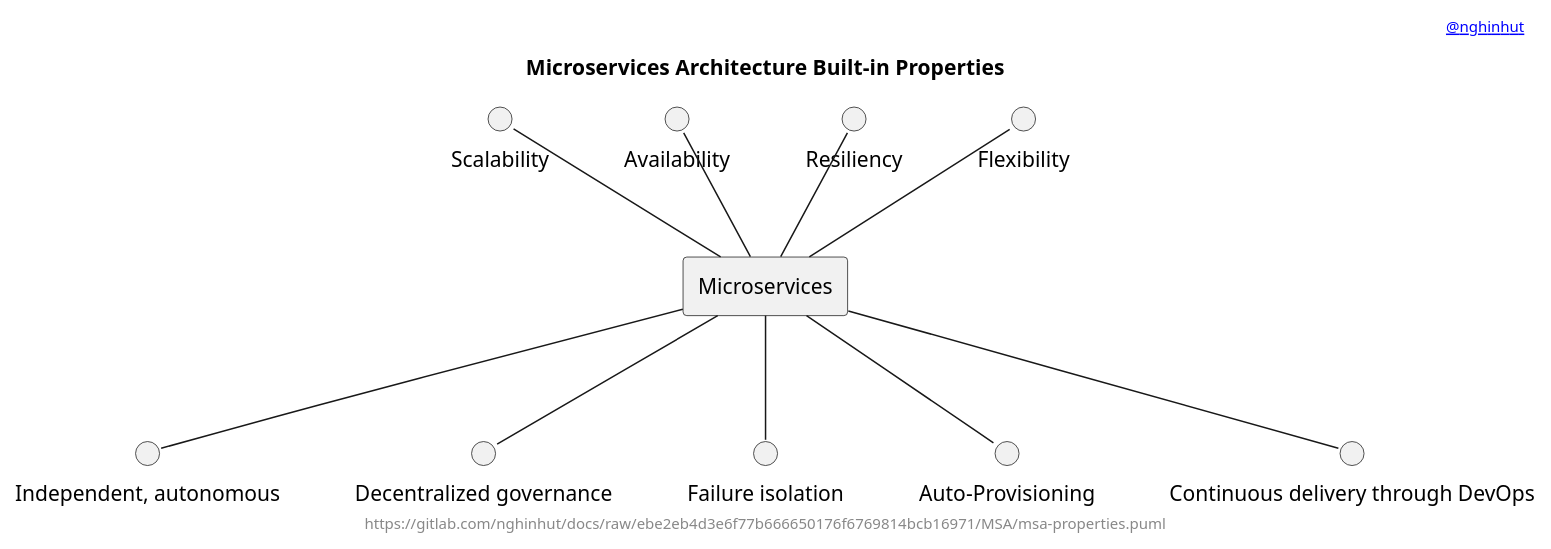
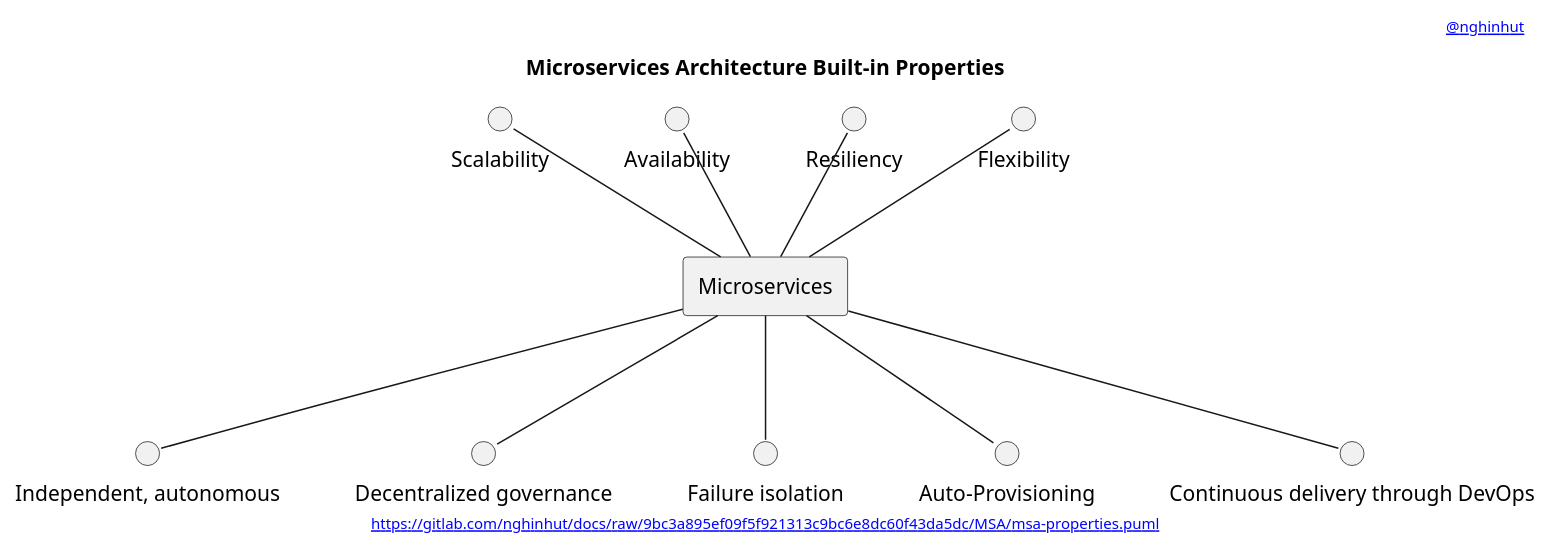
Before and after one commit to nghinhut/docs: the diagram in MSA/msa-properties.puml, drawn with PlantUML. The commit also changed 18 other files, not shown here.

Commit message:
Update diagrams

```diff
--- a/MSA/msa-properties.puml
+++ b/MSA/msa-properties.puml
@@ -1,31 +1,31 @@
 @startuml
 '-----START auto generated metadata please keep comment here to allow auto update-----
 '-----DON'T EDIT THIS SECTION, INSTEAD RE-RUN prebuild.sh TO UPDATE-----
 header [[mailto:nghinhut@gmail.com @nghinhut]]
-footer https://gitlab.com/nghinhut/docs/raw/ebe2eb4d3e6f77b666650176f6769814bcb16971/MSA/msa-properties.puml
+footer [[https://gitlab.com/nghinhut/docs/raw/9bc3a895ef09f5f921313c9bc6e8dc60f43da5dc/MSA/msa-properties.puml]]
 '-----END auto generated metadata please keep comment here to allow auto update-----
 title Microservices Architecture Built-in Properties
 
 rectangle "Microservices" as msa
 
 circle "Scalability" as scalability
 circle "Availability" as availability
 circle "Resiliency" as resiliency
 circle "Flexibility" as flexibility
 circle "Independent, autonomous" as independent_autonomous
 circle "Decentralized governance" as decentralized_governance
 circle "Failure isolation" as failure_isolation
 circle "Auto-Provisioning" as auto_provisioning
 circle "Continuous delivery through DevOps" as cd
 
 scalability -- msa
 availability -- msa
 resiliency -- msa
 flexibility -- msa
 msa -- independent_autonomous
 msa -- decentralized_governance
 msa -- failure_isolation
 msa -- auto_provisioning
 msa -- cd
 
 @enduml
```
